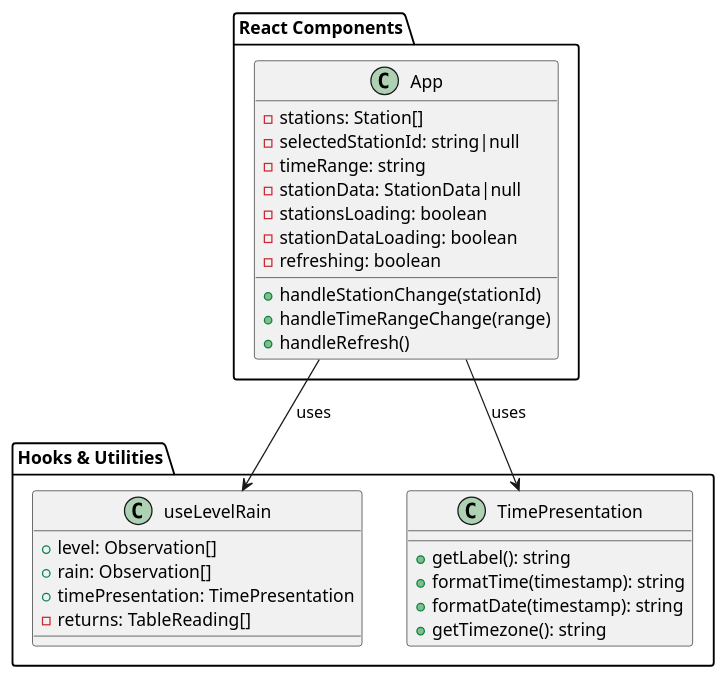
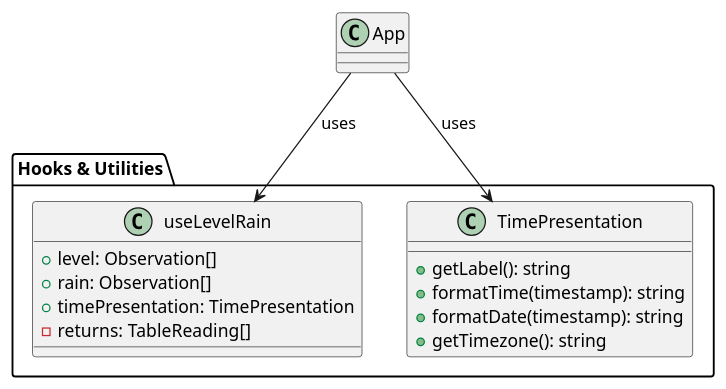
One commit to silver-ward/monitoramento-hidrologico changed the diagram in diagrams/hooks-diagram.puml. Above: the diagram before and after it, drawn with PlantUML.

Commit message:
add dedicated hooks diagram

```diff
--- a/diagrams/hooks-diagram.puml
+++ b/diagrams/hooks-diagram.puml
@@ -1,37 +1,22 @@
 @startuml Hooks & Utilities
-
-package "React Components" {
-    class App {
-        - stations: Station[]
-        - selectedStationId: string|null
-        - timeRange: string
-        - stationData: StationData|null
-        - stationsLoading: boolean
-        - stationDataLoading: boolean
-        - refreshing: boolean
-        + handleStationChange(stationId)
-        + handleTimeRangeChange(range)
-        + handleRefresh()
-    }
-}
 
 package "Hooks & Utilities" {
     class useLevelRain {
         + level: Observation[]
         + rain: Observation[]
         + timePresentation: TimePresentation
         - returns: TableReading[]
     }
 
     class TimePresentation {
         + getLabel(): string
         + formatTime(timestamp): string
         + formatDate(timestamp): string
         + getTimezone(): string
     }
 }
 
 App --> useLevelRain : uses
 App --> TimePresentation : uses
 
 @enduml
```
